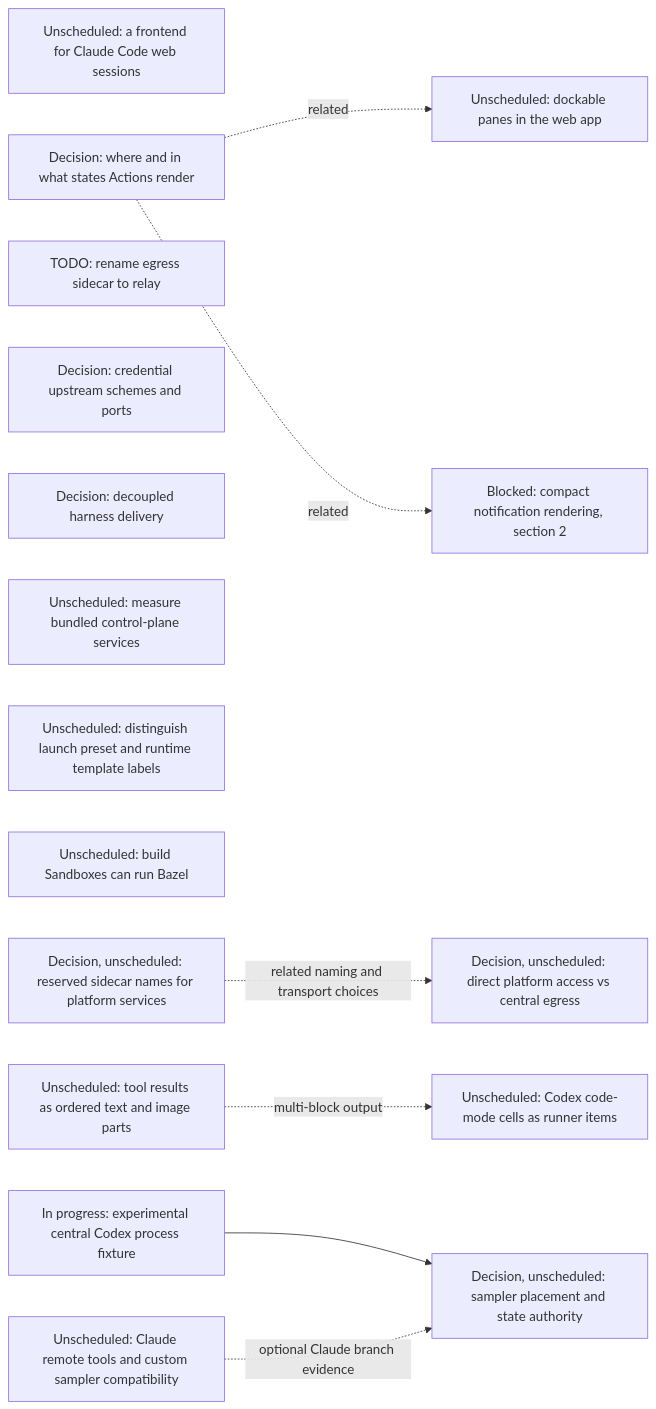
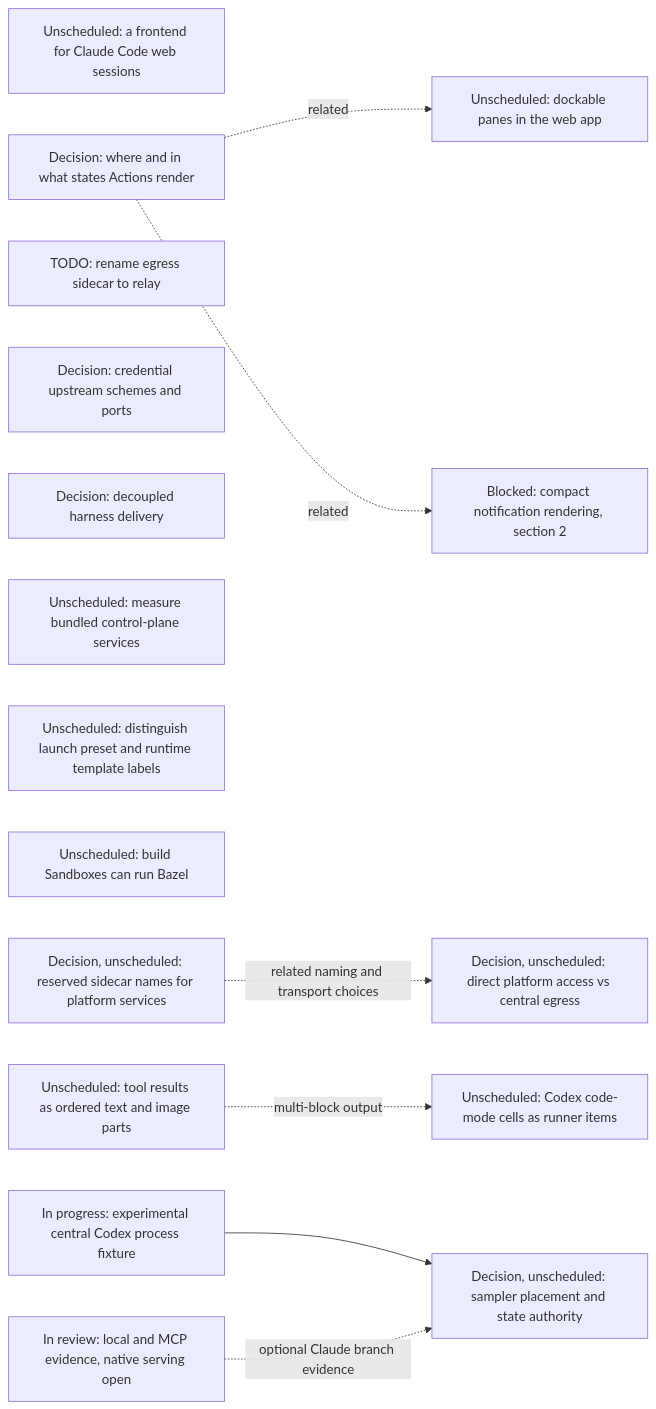
The eighth of 20 diagrams in agentplane/plans/task_dag.md (agentydragon-agent/ducktape), drawn with Mermaid before and after one commit. The commit also changed other lines of this file and 1 other file, not shown here.

Commit message:
Record completed Claude local and MCP characterization in plans

````diff
--- a/agentplane/plans/task_dag.md
+++ b/agentplane/plans/task_dag.md
@@ -597,24 +597,24 @@
 ```mermaid
 flowchart LR
     CLAUDE_CODE_WEB_BRIDGE[Unscheduled: a frontend for Claude Code web sessions]
     ACTION_SURFACES_DESIGN[Decision: where and in what states Actions render]
     EGRESS_RELAY_RENAME[TODO: rename egress sidecar to relay]
     EGRESS_CREDENTIAL_TRANSPORT_DESIGN[Decision: credential upstream schemes and ports]
     RUNNER_HARNESS_DELIVERY_DESIGN[Decision: decoupled harness delivery]
     K3S_BUNDLED_SERVICES_SPIKE[Unscheduled: measure bundled control-plane services]
     DOCKABLE_PANES[Unscheduled: dockable panes in the web app]
     ACTION_SURFACES_DESIGN -. related .-> DOCKABLE_PANES
     NOTIFICATION_PRESENTATION[Blocked: compact notification rendering, section 2]
     ACTION_SURFACES_DESIGN -. related .-> NOTIFICATION_PRESENTATION
     SANDBOX_FORM_TERMINOLOGY[Unscheduled: distinguish launch preset and runtime template labels]
     BUILD_BOX_BAZEL[Unscheduled: build Sandboxes can run Bazel]
     PLATFORM_SERVICE_NAMES_DESIGN[Decision, unscheduled: reserved sidecar names for platform services]
     PLATFORM_SERVICE_ROUTING_DESIGN[Decision, unscheduled: direct platform access vs central egress]
     PLATFORM_SERVICE_NAMES_DESIGN -. related naming and transport choices .-> PLATFORM_SERVICE_ROUTING_DESIGN
     STRUCTURED_TOOL_OUTPUT[Unscheduled: tool results as ordered text and image parts]
     STRUCTURED_TOOL_OUTPUT -. multi-block output .-> CODEX_CODE_MODE_CELLS[Unscheduled: Codex code-mode cells as runner items]
     CENTRAL_CODEX_SPIKE[In progress: experimental central Codex process fixture]
     CENTRAL_CODEX_SPIKE --> HARNESS_PLACEMENT_DESIGN[Decision, unscheduled: sampler placement and state authority]
-    CLAUDE_REMOTE_EXECUTION_SPIKE[Unscheduled: Claude remote tools and custom sampler compatibility]
+    CLAUDE_REMOTE_EXECUTION_SPIKE[In review: local and MCP evidence, native serving open]
     CLAUDE_REMOTE_EXECUTION_SPIKE -. optional Claude branch evidence .-> HARNESS_PLACEMENT_DESIGN
 ```
````
